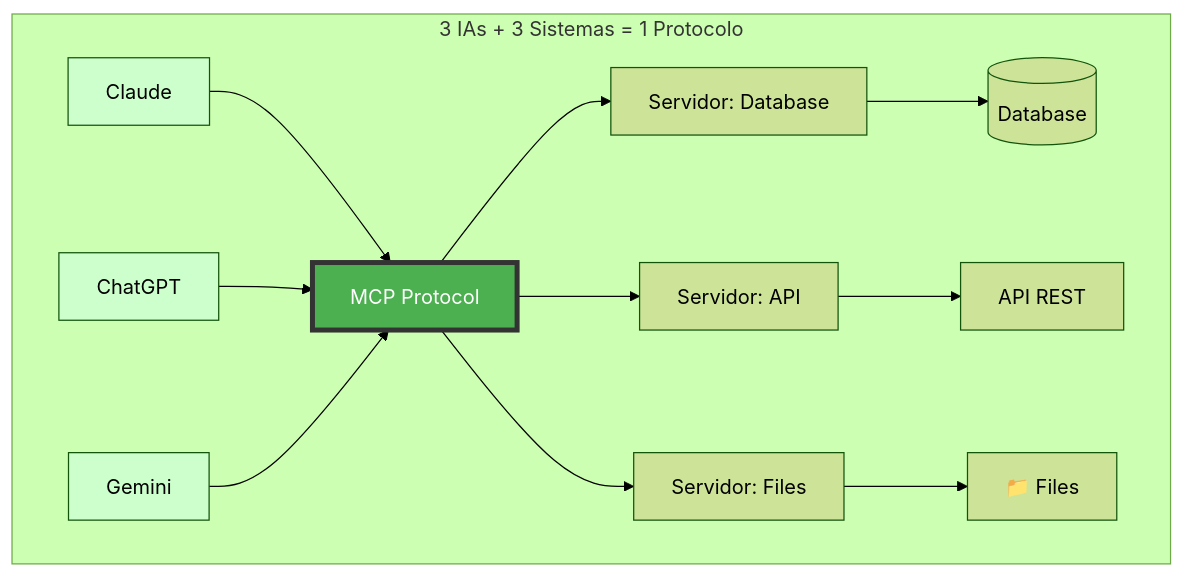
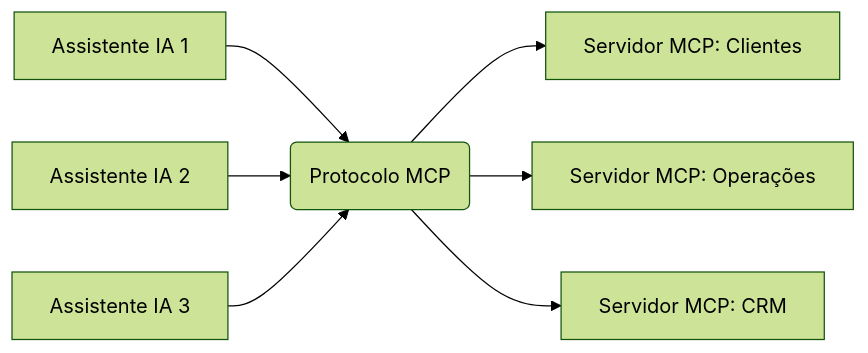
The fourth of 19 diagrams in AI/Comunicação/MCP/00-mcp-presentation-zero to hero.md (felipepimentel/my-public-notes), drawn with Mermaid (forest theme) before and after one commit. The commit also changed other lines of this file, not shown here.

````diff
--- a/AI/Comunicação/MCP/00-mcp-presentation-zero to hero.md
+++ b/AI/Comunicação/MCP/00-mcp-presentation-zero to hero.md
@@ -127,21 +88,9 @@
 ```mermaid
-graph TD
-    subgraph "3 IAs + 3 Sistemas = 1 Protocolo"
-        AI1[Claude] --> MCP[MCP Protocol]
-        AI2[ChatGPT] --> MCP
-        AI3[Gemini] --> MCP
-        
-        MCP --> S1[Servidor: Database]
-        MCP --> S2[Servidor: API]
-        MCP --> S3[Servidor: Files]
-        
-        S1 --> DB[(Database)]
-        S2 --> API[API REST]
-        S3 --> FILE[📁 Files]
-    end
-    
-    style MCP fill:#4CAF50,stroke:#333,stroke-width:4px,color:#fff
-    style AI1 fill:#ccffcc
-    style AI2 fill:#ccffcc
-    style AI3 fill:#ccffcc
+graph LR
+    A1[Assistente IA 1] --> C1(Protocolo MCP)
+    A2[Assistente IA 2] --> C1(Protocolo MCP)
+    A3[Assistente IA 3] --> C1(Protocolo MCP)
+    C1 --> S1[Servidor MCP: Clientes]
+    C1 --> S2[Servidor MCP: Operações]
+    C1 --> S3[Servidor MCP: CRM]
 ```
````
